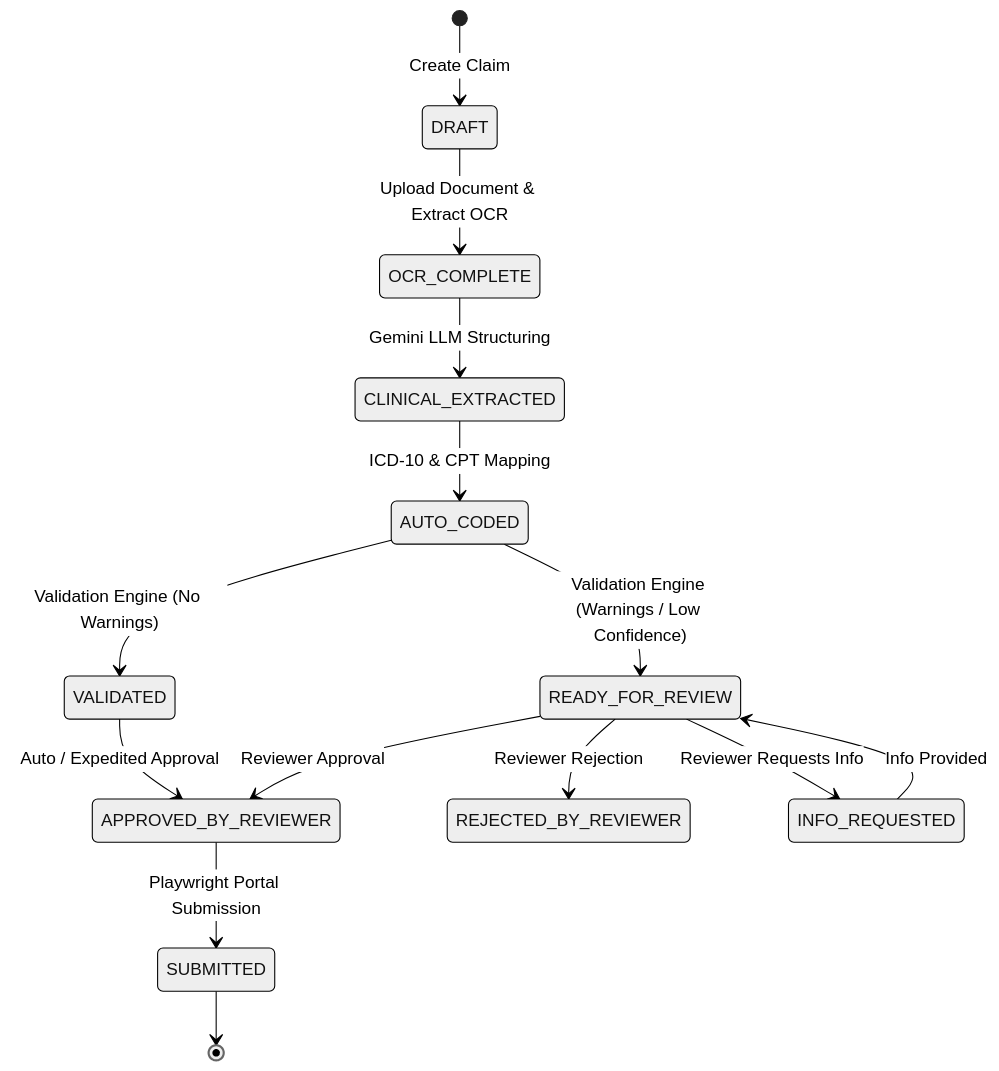
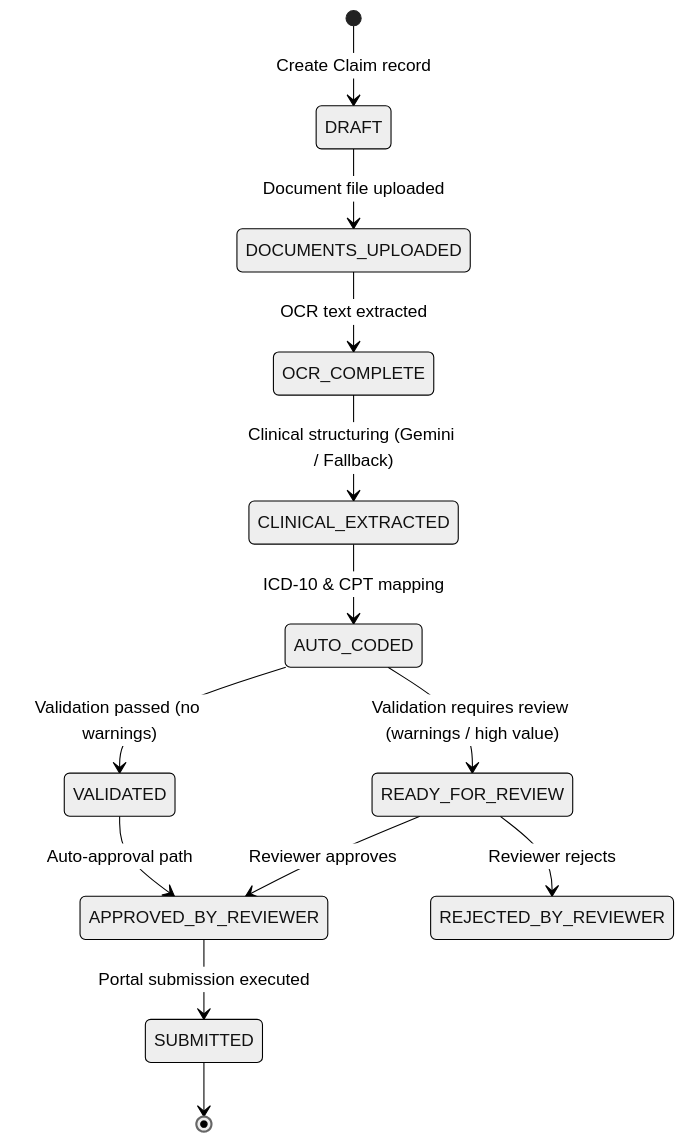
One commit to kik1211/agentic-medclaims-automation changed the third of 5 diagrams in docs/ARCHITECTURE.md. Above: the diagram before and after it, drawn with Mermaid (neutral theme). The commit also changed other lines of this file and 30 other files, not shown here.

````diff
--- a/docs/ARCHITECTURE.md
+++ b/docs/ARCHITECTURE.md
@@ -65,18 +74,17 @@
 ```mermaid
 stateDiagram-v2
-    [*] --> DRAFT: Create Claim
-    DRAFT --> OCR_COMPLETE: Upload Document & Extract OCR
-    OCR_COMPLETE --> CLINICAL_EXTRACTED: Gemini LLM Structuring
-    CLINICAL_EXTRACTED --> AUTO_CODED: ICD-10 & CPT Mapping
-    AUTO_CODED --> VALIDATED: Validation Engine (No Warnings)
-    AUTO_CODED --> READY_FOR_REVIEW: Validation Engine (Warnings / Low Confidence)
+    [*] --> DRAFT: Create Claim record
+    DRAFT --> DOCUMENTS_UPLOADED: Document file uploaded
+    DOCUMENTS_UPLOADED --> OCR_COMPLETE: OCR text extracted
+    OCR_COMPLETE --> CLINICAL_EXTRACTED: Clinical structuring (Gemini / Fallback)
+    CLINICAL_EXTRACTED --> AUTO_CODED: ICD-10 & CPT mapping
+    AUTO_CODED --> VALIDATED: Validation passed (no warnings)
+    AUTO_CODED --> READY_FOR_REVIEW: Validation requires review (warnings / high value)
     
-    READY_FOR_REVIEW --> APPROVED_BY_REVIEWER: Reviewer Approval
-    READY_FOR_REVIEW --> REJECTED_BY_REVIEWER: Reviewer Rejection
-    READY_FOR_REVIEW --> INFO_REQUESTED: Reviewer Requests Info
+    READY_FOR_REVIEW --> APPROVED_BY_REVIEWER: Reviewer approves
+    READY_FOR_REVIEW --> REJECTED_BY_REVIEWER: Reviewer rejects
+    VALIDATED --> APPROVED_BY_REVIEWER: Auto-approval path
     
-    INFO_REQUESTED --> READY_FOR_REVIEW: Info Provided
-    VALIDATED --> APPROVED_BY_REVIEWER: Auto / Expedited Approval
-    APPROVED_BY_REVIEWER --> SUBMITTED: Playwright Portal Submission
+    APPROVED_BY_REVIEWER --> SUBMITTED: Portal submission executed
     SUBMITTED --> [*]
 ```
````
